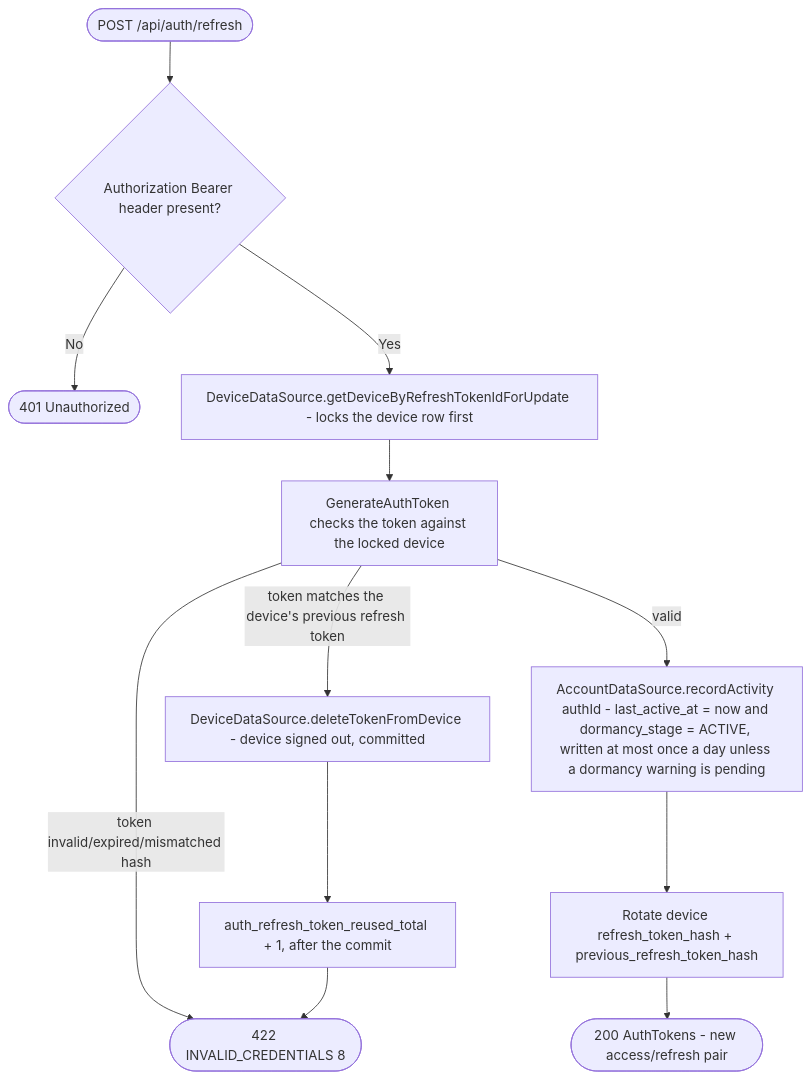
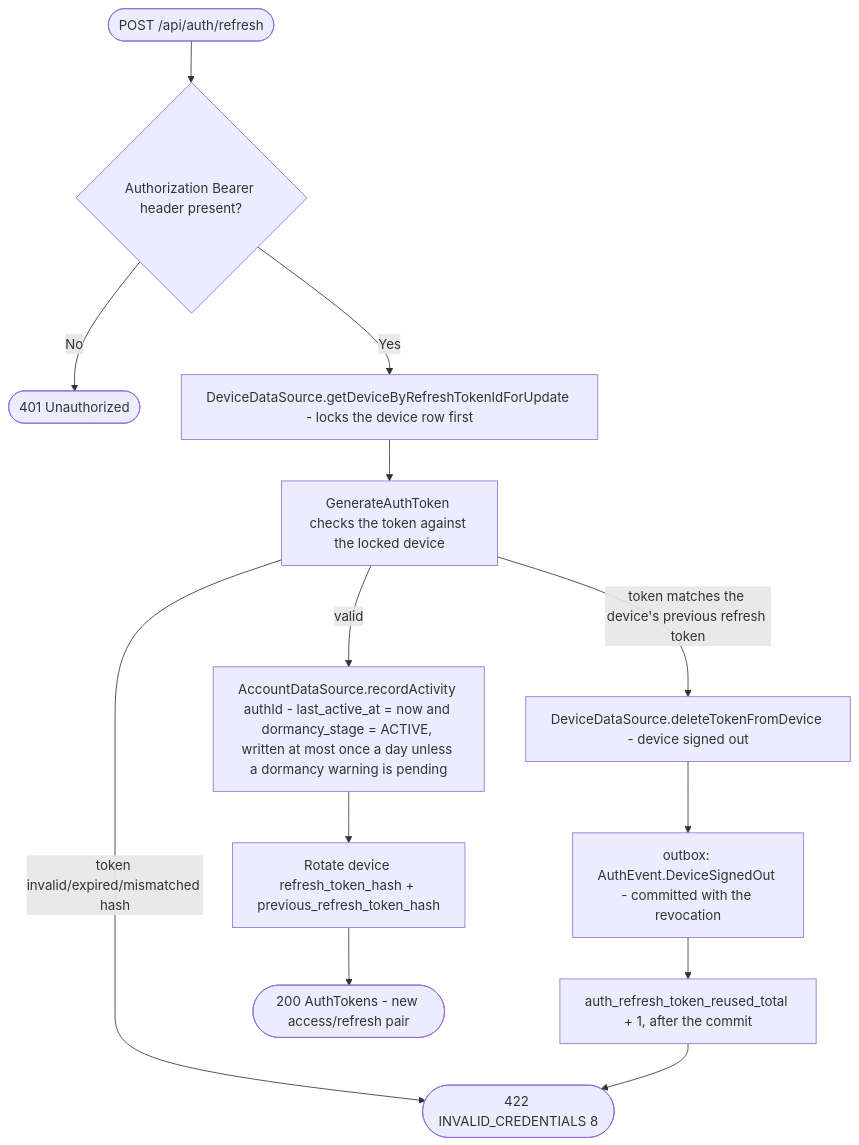
One commit to nocturneproperties/bookkme changed the diagram in docs/operations/authorization/refresh-token.md. Above: the diagram before and after it, drawn with Mermaid. The commit also changed other lines of this file and 30 other files, not shown here.

Commit message:
[ISSUE-195] add token removal on sign out

````diff
--- a/docs/operations/authorization/refresh-token.md
+++ b/docs/operations/authorization/refresh-token.md
@@ -10,14 +10,15 @@
 ```mermaid
 flowchart TD
     Start([POST /api/auth/refresh]) --> HeaderCheck{Authorization Bearer header present?}
     HeaderCheck -- No --> R401a([401 Unauthorized])
     HeaderCheck -- Yes --> Lock[DeviceDataSource.getDeviceByRefreshTokenIdForUpdate - locks the device row first]
     Lock --> Gen[GenerateAuthToken checks the token against the locked device]
     Gen -- token invalid/expired/mismatched hash --> R422([422 INVALID_CREDENTIALS 8])
-    Gen -- token matches the device's previous refresh token --> Revoke[DeviceDataSource.deleteTokenFromDevice - device signed out, committed]
-    Revoke --> Count[auth_refresh_token_reused_total + 1, after the commit]
+    Gen -- token matches the device's previous refresh token --> Revoke[DeviceDataSource.deleteTokenFromDevice - device signed out]
+    Revoke --> SignedOut["outbox: AuthEvent.DeviceSignedOut - committed with the revocation"]
+    SignedOut --> Count[auth_refresh_token_reused_total + 1, after the commit]
     Count --> R422
     Gen -- valid --> Activity[AccountDataSource.recordActivity authId - last_active_at = now and dormancy_stage = ACTIVE, written at most once a day unless a dormancy warning is pending]
     Activity --> Rotate[Rotate device refresh_token_hash + previous_refresh_token_hash]
     Rotate --> R200([200 AuthTokens - new access/refresh pair])
 ```
````
